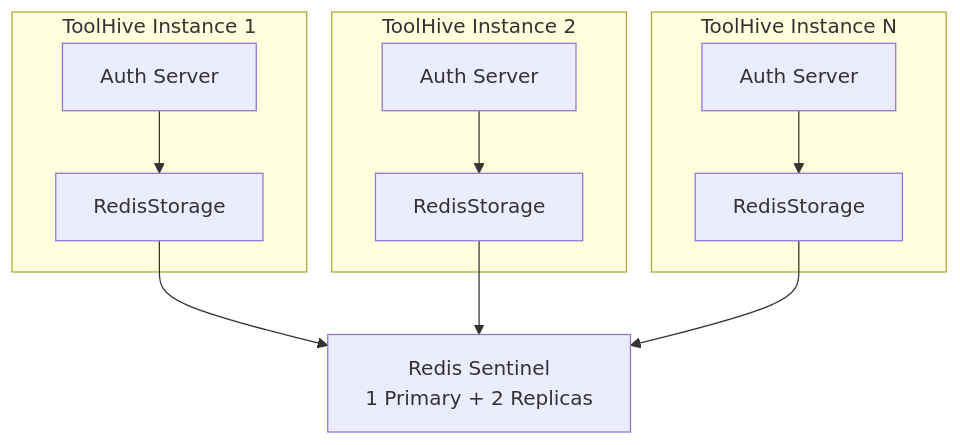
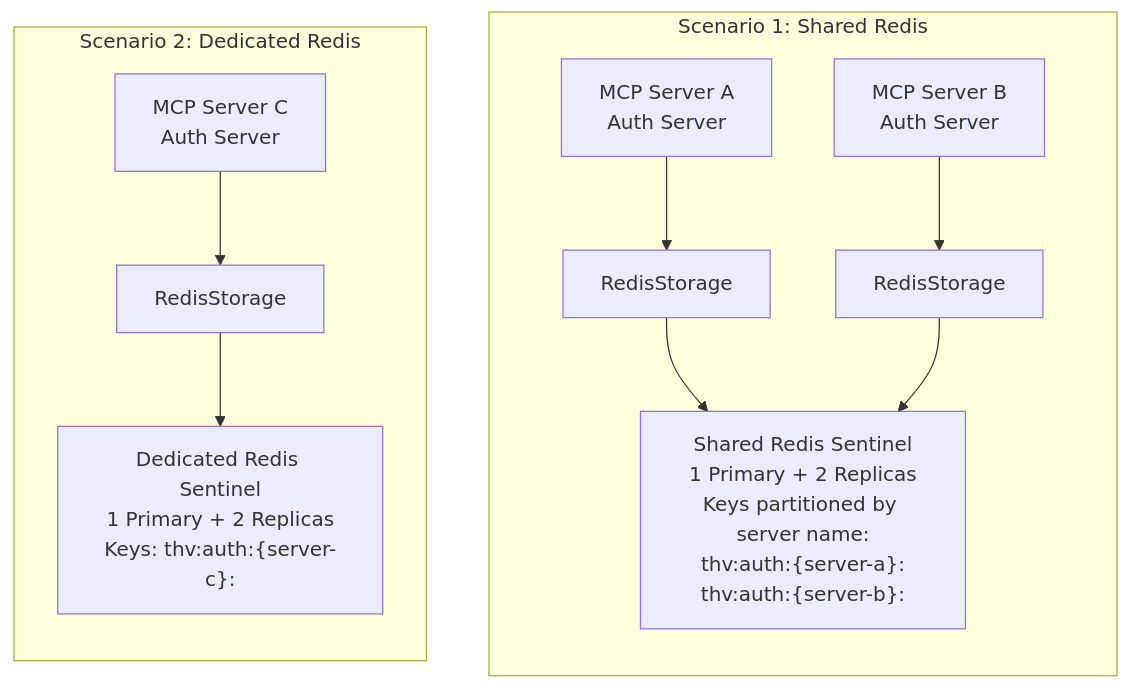
Before and after one commit to stacklok/toolhive-rfcs: the diagram in rfcs/THV-0035-auth-server-redis-storage.md, drawn with Mermaid. The commit also changed other lines of this file, not shown here.

Commit message:
Update mermaid diagram

````diff
--- a/rfcs/THV-0035-auth-server-redis-storage.md
+++ b/rfcs/THV-0035-auth-server-redis-storage.md
@@ -52,16 +56,16 @@
 ```mermaid
 flowchart TB
-    subgraph ToolHive Instance 1
-        AS1[Auth Server] --> RS1[RedisStorage]
-    end
-    subgraph ToolHive Instance 2
-        AS2[Auth Server] --> RS2[RedisStorage]
-    end
-    subgraph ToolHive Instance N
-        ASN[Auth Server] --> RSN[RedisStorage]
+    subgraph Scenario1["Scenario 1: Shared Redis"]
+        direction TB
+        AS1A["MCP Server A<br/>Auth Server"] --> RS1A[RedisStorage]
+        AS1B["MCP Server B<br/>Auth Server"] --> RS1B[RedisStorage]
+        RS1A --> Shared["Shared Redis Sentinel<br/>1 Primary + 2 Replicas<br/>Keys partitioned by server name:<br/>thv:auth:#123;server-a#125;:<br/>thv:auth:#123;server-b#125;:"]
+        RS1B --> Shared
     end
 
-    RS1 --> Sentinel[Redis Sentinel<br/>1 Primary + 2 Replicas]
-    RS2 --> Sentinel
-    RSN --> Sentinel
+    subgraph Scenario2["Scenario 2: Dedicated Redis"]
+        direction TB
+        AS1C["MCP Server C<br/>Auth Server"] --> RS1C[RedisStorage]
+        RS1C --> Dedicated["Dedicated Redis Sentinel<br/>1 Primary + 2 Replicas<br/>Keys: thv:auth:#123;server-c#125;:"]
+    end
 ```
````
